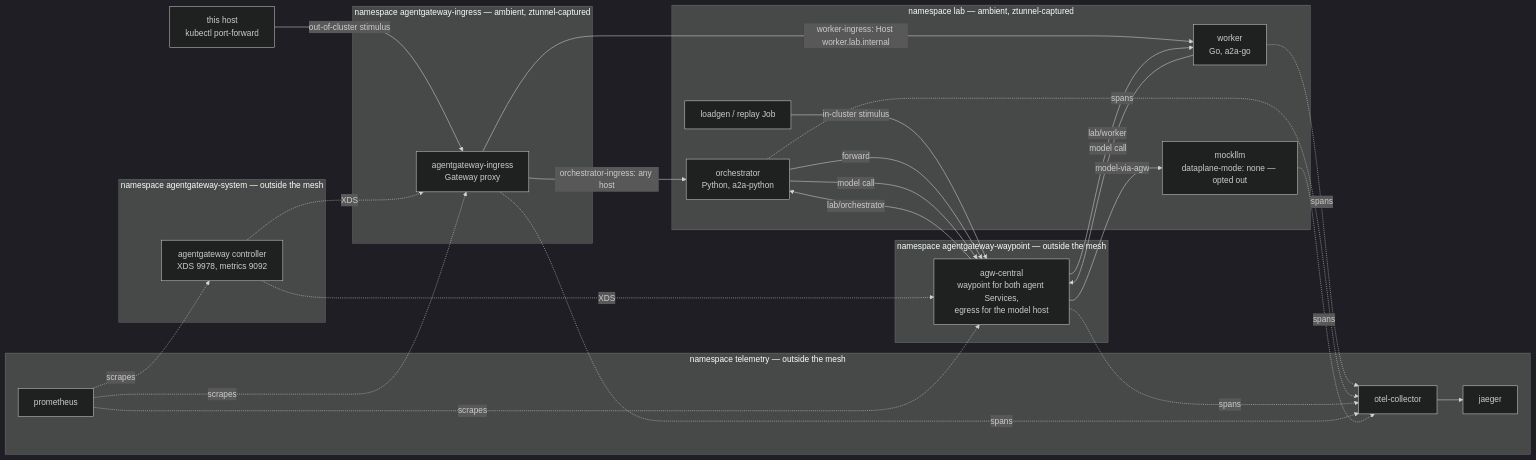
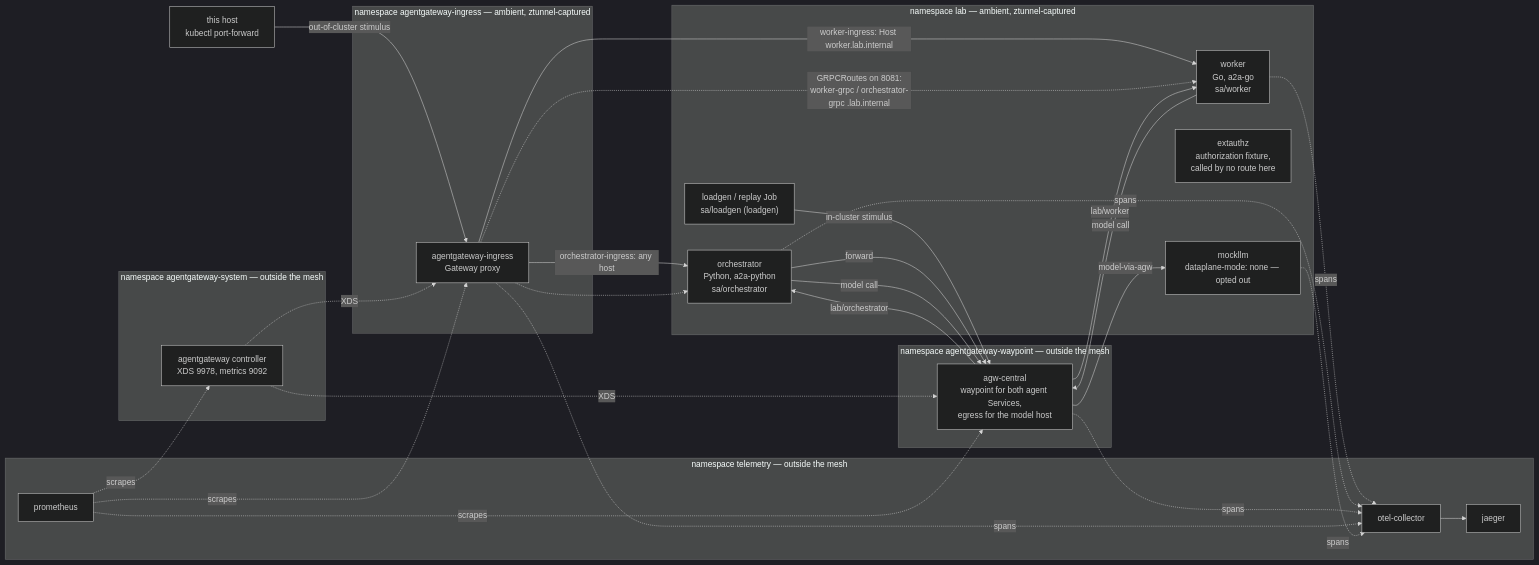
The diagram in docs/walkthrough.md (AhmadMasry/agent-mesh-lab), drawn with Mermaid (dark theme) before and after one commit. The commit also changed other lines of this file and 384 other files, not shown here.

````diff
--- a/docs/walkthrough.md
+++ b/docs/walkthrough.md
@@ -50,52 +56,55 @@
 ```mermaid
 flowchart LR
   host["this host<br/>kubectl port-forward"]
 
   subgraph NSIN["namespace agentgateway-ingress — ambient, ztunnel-captured"]
     ingress["agentgateway-ingress<br/>Gateway proxy"]
   end
 
   subgraph NSLAB["namespace lab — ambient, ztunnel-captured"]
-    job["loadgen / replay Job"]
-    orch["orchestrator<br/>Python, a2a-python"]
-    worker["worker<br/>Go, a2a-go"]
+    job["loadgen / replay Job<br/>sa/loadgen (loadgen)"]
+    orch["orchestrator<br/>Python, a2a-python<br/>sa/orchestrator"]
+    worker["worker<br/>Go, a2a-go<br/>sa/worker"]
+    extauthz["extauthz<br/>authorization fixture,<br/>called by no route here"]
     mock["mockllm<br/>dataplane-mode: none — opted out"]
   end
 
   subgraph NSWP["namespace agentgateway-waypoint — outside the mesh"]
     central["agw-central<br/>waypoint for both agent Services,<br/>egress for the model host"]
   end
 
   subgraph NSCP["namespace agentgateway-system — outside the mesh"]
     cp["agentgateway controller<br/>XDS 9978, metrics 9092"]
   end
 
   subgraph NSTEL["namespace telemetry — outside the mesh"]
     col["otel-collector"]
     jae["jaeger"]
     prom["prometheus"]
   end
 
   host -->|"out-of-cluster stimulus"| ingress
   ingress -->|"orchestrator-ingress: any host"| orch
   ingress -->|"worker-ingress: Host worker.lab.internal"| worker
+  ingress -.->|"GRPCRoutes on 8081:<br/>worker-grpc / orchestrator-grpc .lab.internal"| worker
+  ingress -.-> orch
   job -->|"in-cluster stimulus"| central
   orch -->|"forward"| central
   worker -->|"model call"| central
   orch -->|"model call"| central
   central -->|"lab/worker"| worker
   central -->|"lab/orchestrator"| orch
   central -->|"model-via-agw"| mock
 
   cp -. XDS .-> ingress
   cp -. XDS .-> central
   worker -. spans .-> col
   orch -. spans .-> col
   central -. spans .-> col
   ingress -. spans .-> col
   mock -. spans .-> col
   col --> jae
   prom -. scrapes .-> cp
   prom -. scrapes .-> ingress
   prom -. scrapes .-> central
 ```
````
